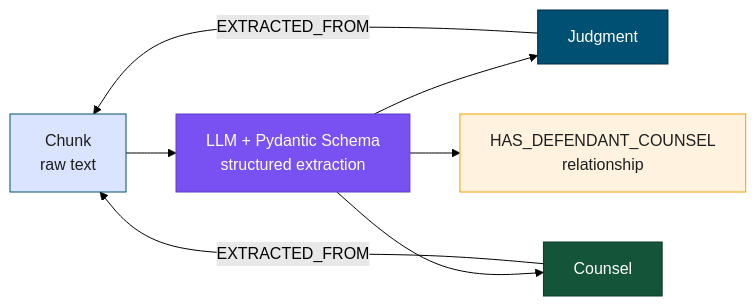
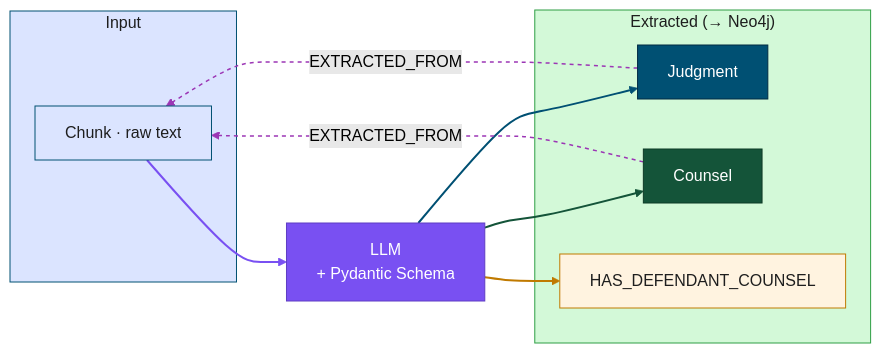
The seventh of 13 diagrams in outputs/Graph_Intelligence_Technical_DeepDive.md (joy-neo4j/graph-intelligence-agent), drawn with Mermaid (forest theme) before and after one commit. The commit also changed other lines of this file and 1 other file, not shown here.

````diff
--- a/outputs/Graph_Intelligence_Technical_DeepDive.md
+++ b/outputs/Graph_Intelligence_Technical_DeepDive.md
@@ -464,14 +494,30 @@
 ```mermaid
 graph LR
-    C["Chunk<br/>raw text"] --> LLM["LLM + Pydantic Schema<br/>structured extraction"]
-    LLM --> Judgment["Judgment"]
-    LLM --> Counsel["Counsel"]
-    LLM --> Rel["HAS_DEFENDANT_COUNSEL<br/>relationship"]
-    Judgment --> |EXTRACTED_FROM| C
-    Counsel --> |EXTRACTED_FROM| C
+    subgraph Input["Input"]
+        C["Chunk · raw text"]
+    end
+    subgraph Extracted["Extracted (→ Neo4j)"]
+        Judgment["Judgment"]
+        Counsel["Counsel"]
+        Rel["HAS_DEFENDANT_COUNSEL"]
+    end
+    C --> LLM["LLM<br/>+ Pydantic Schema"]
+    LLM --> Judgment
+    LLM --> Counsel
+    LLM --> Rel
+    Judgment -. "EXTRACTED_FROM" .-> C
+    Counsel -. "EXTRACTED_FROM" .-> C
+    style Input fill:#dbe4ff,stroke:#005073,color:#1e1e1e
+    style Extracted fill:#d3f9d8,stroke:#2f9e44,color:#1e1e1e
     style C fill:#dbe4ff,stroke:#005073,color:#1e1e1e
     style LLM fill:#7950f2,stroke:#5f3dc4,color:#fff
     style Judgment fill:#005073,stroke:#002B43,color:#fff
     style Counsel fill:#145439,stroke:#0d3a26,color:#fff
-    style Rel fill:#fff3e0,stroke:#f59f00,color:#1e1e1e
+    style Rel fill:#fff3e0,stroke:#c07a00,color:#1e1e1e
+    linkStyle 0 stroke:#7950f2,stroke-width:2px
+    linkStyle 1 stroke:#005073,stroke-width:2px
+    linkStyle 2 stroke:#145439,stroke-width:2px
+    linkStyle 3 stroke:#c07a00,stroke-width:2px
+    linkStyle 4 stroke:#9c36b5,stroke-width:1.5px,stroke-dasharray:4
+    linkStyle 5 stroke:#9c36b5,stroke-width:1.5px,stroke-dasharray:4
 ```
````
